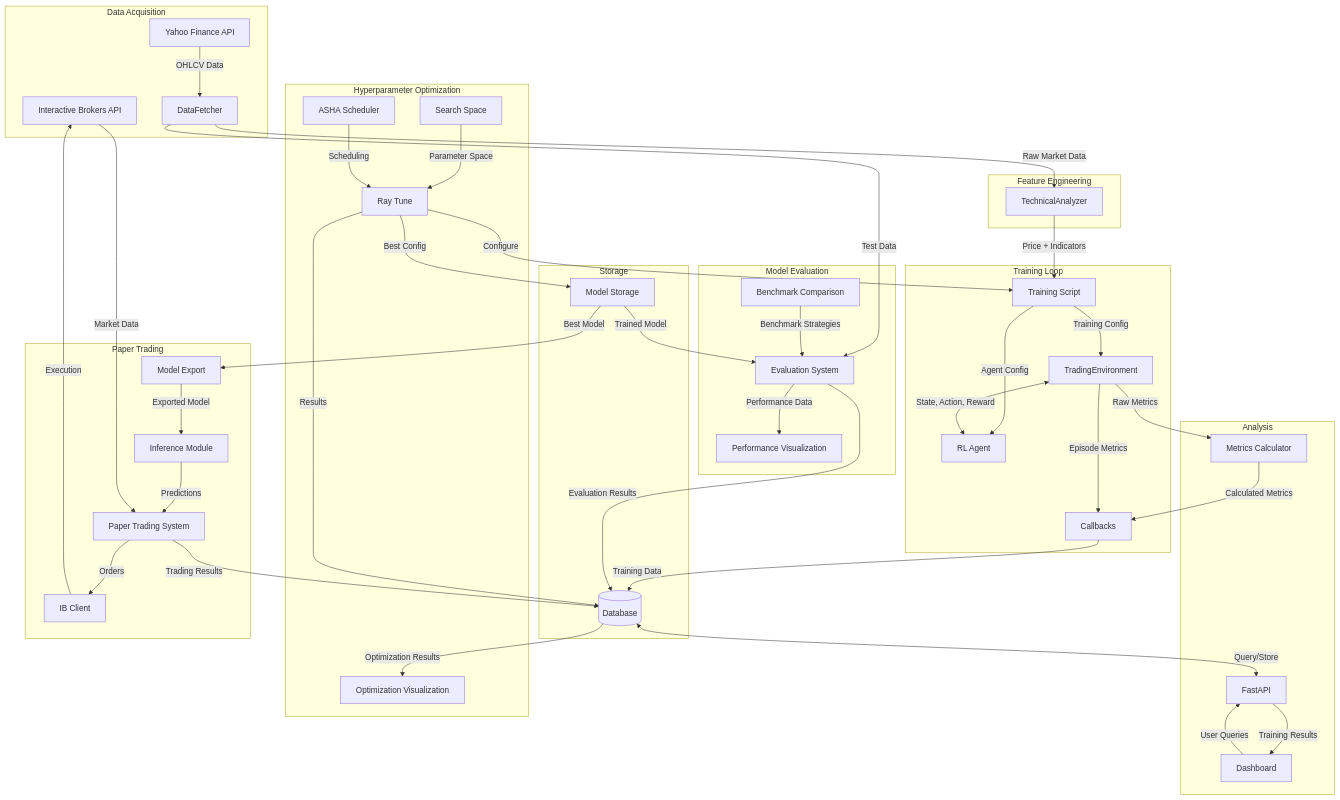
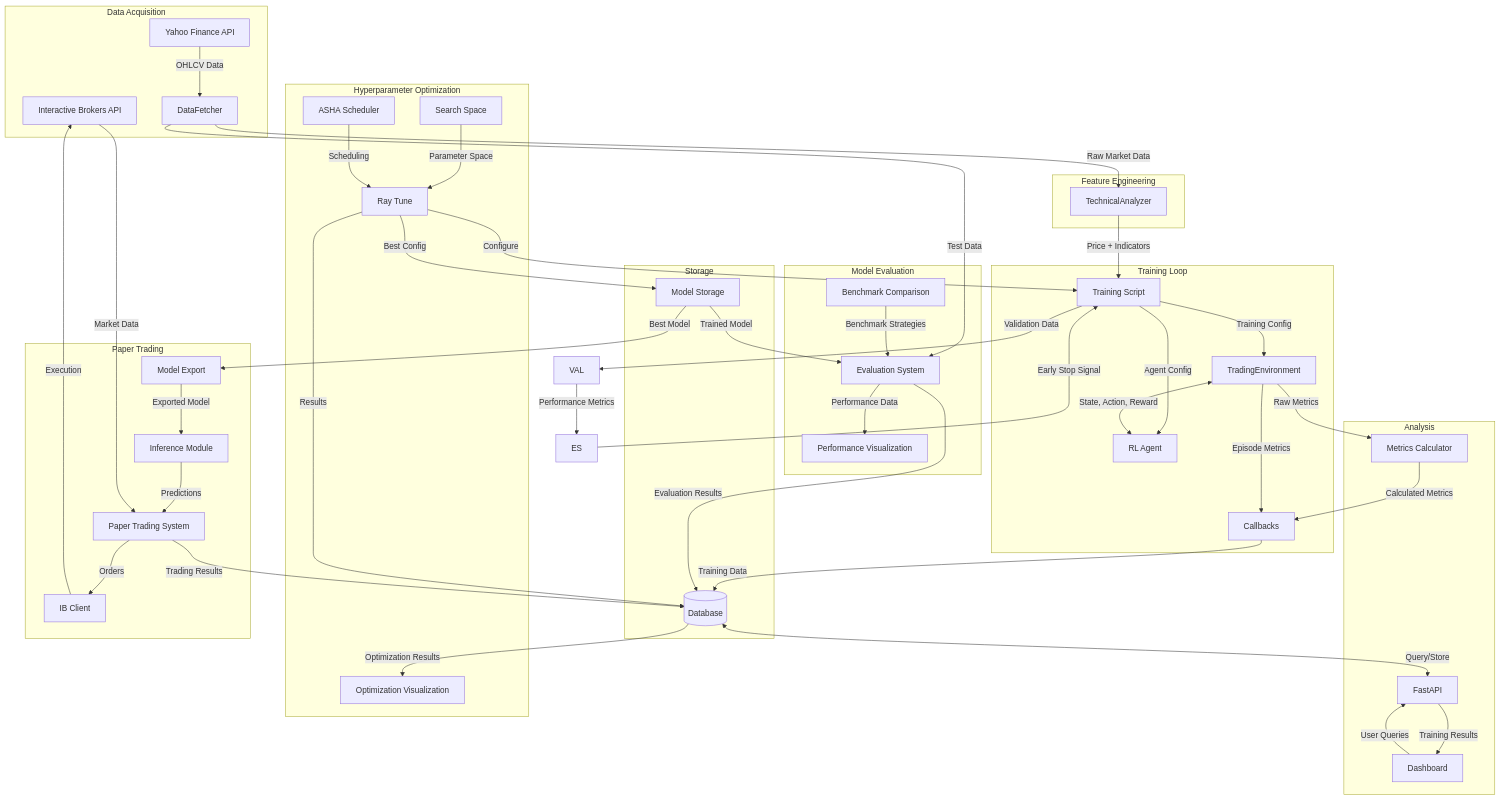
The fifth of 5 diagrams in docs/architecture.md (Lillo-S-p-a/ReinforceStrategyCreatorV2), drawn with Mermaid before and after one commit. The commit also changed other lines of this file, not shown here.

Commit message:
docs: update architecture.md with RLlib/Ray/PyTorch parallel training details

```diff
--- a/docs/architecture.md
+++ b/docs/architecture.md
@@ -571,6 +604,9 @@
     TE <-->|State, Action, Reward| RA
     TE -->|Episode Metrics| CB
     CB -->|Training Data| DB
+    TL -->|Validation Data| VAL
+    VAL -->|Performance Metrics| ES
+    ES -->|Early Stop Signal| TL
     
     DB <-->|Query/Store| API
     API -->|Training Results| DASH
```
